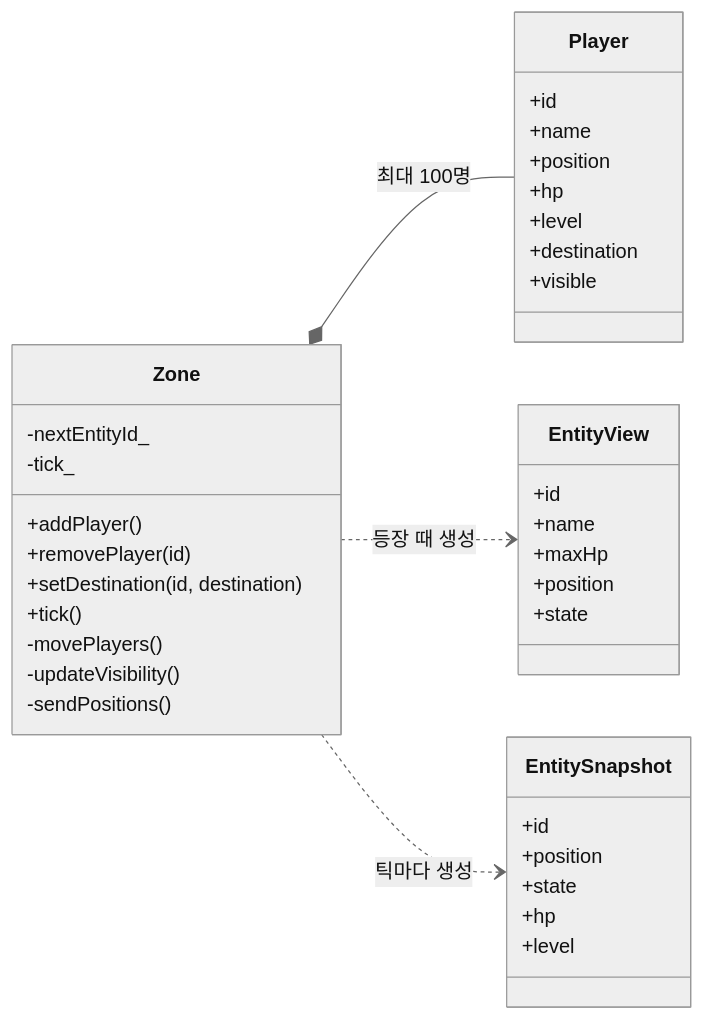
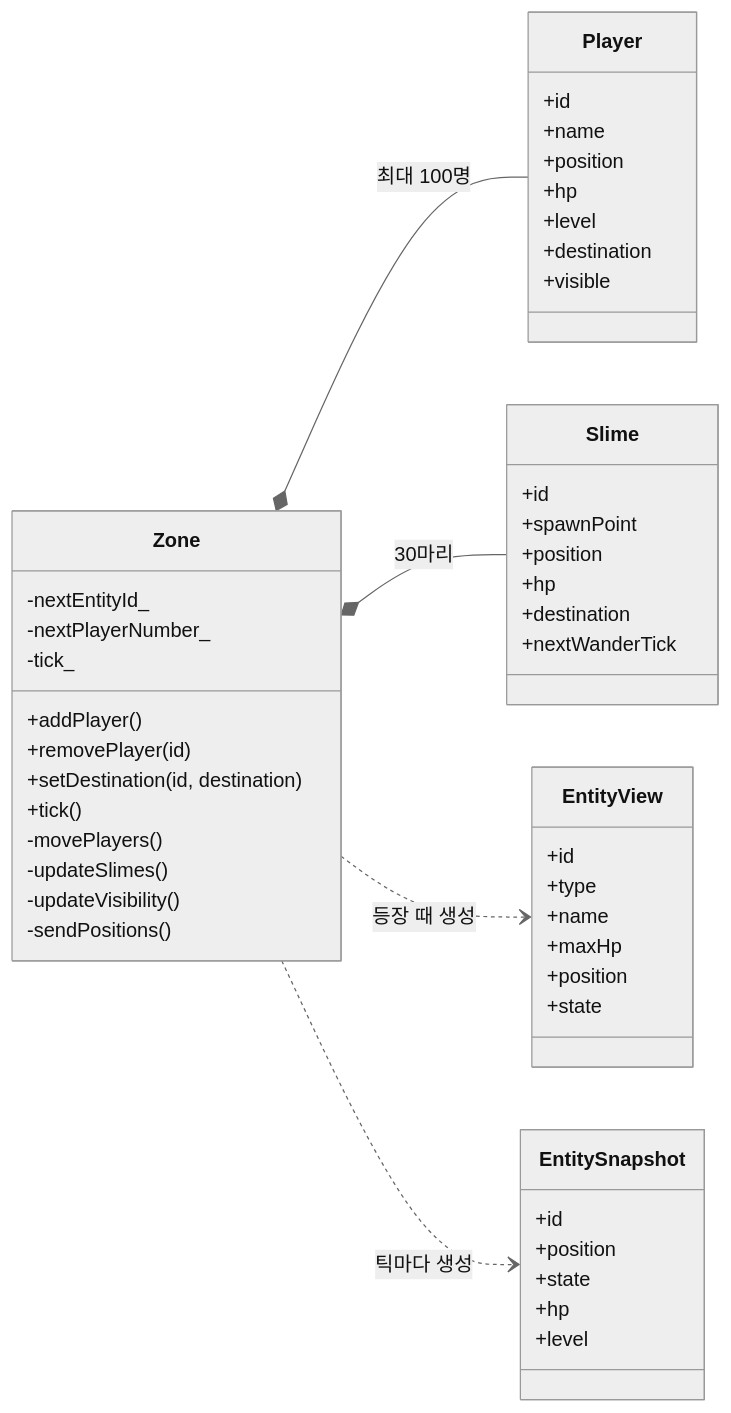
Before and after one commit to Dongs9/try_mmo_server: the diagram in docs/diagrams/src/structure-zone.mmd, drawn with Mermaid (neutral theme). The commit also changed 7 other files, not shown here.

```diff
--- a/docs/diagrams/src/structure-zone.mmd
+++ b/docs/diagrams/src/structure-zone.mmd
@@ -1,41 +1,53 @@
 classDiagram
     direction LR
 
     class Zone {
         -nextEntityId_
+        -nextPlayerNumber_
         -tick_
         +addPlayer()
         +removePlayer(id)
         +setDestination(id, destination)
         +tick()
         -movePlayers()
+        -updateSlimes()
         -updateVisibility()
         -sendPositions()
     }
     class Player {
         +id
         +name
         +position
         +hp
         +level
         +destination
         +visible
     }
+    class Slime {
+        +id
+        +spawnPoint
+        +position
+        +hp
+        +destination
+        +nextWanderTick
+    }
     class EntityView {
         +id
+        +type
         +name
         +maxHp
         +position
         +state
     }
     class EntitySnapshot {
         +id
         +position
         +state
         +hp
         +level
     }
 
     Zone *-- Player : 최대 100명
+    Zone *-- Slime : 30마리
     Zone ..> EntityView : 등장 때 생성
     Zone ..> EntitySnapshot : 틱마다 생성
```
